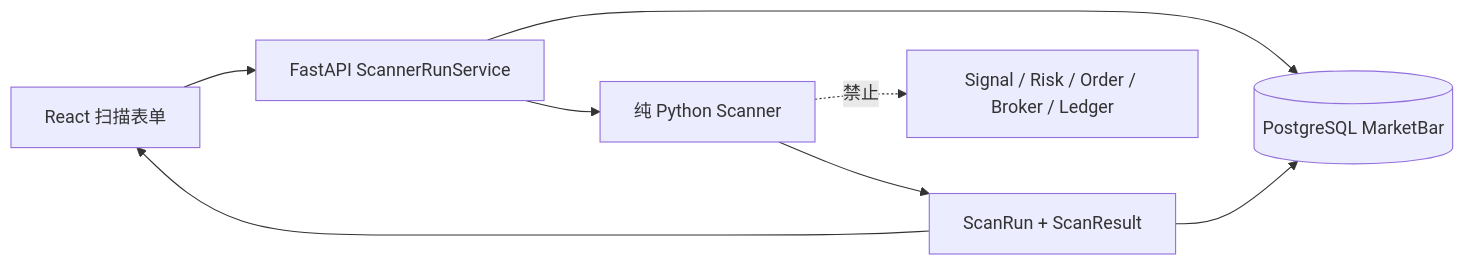
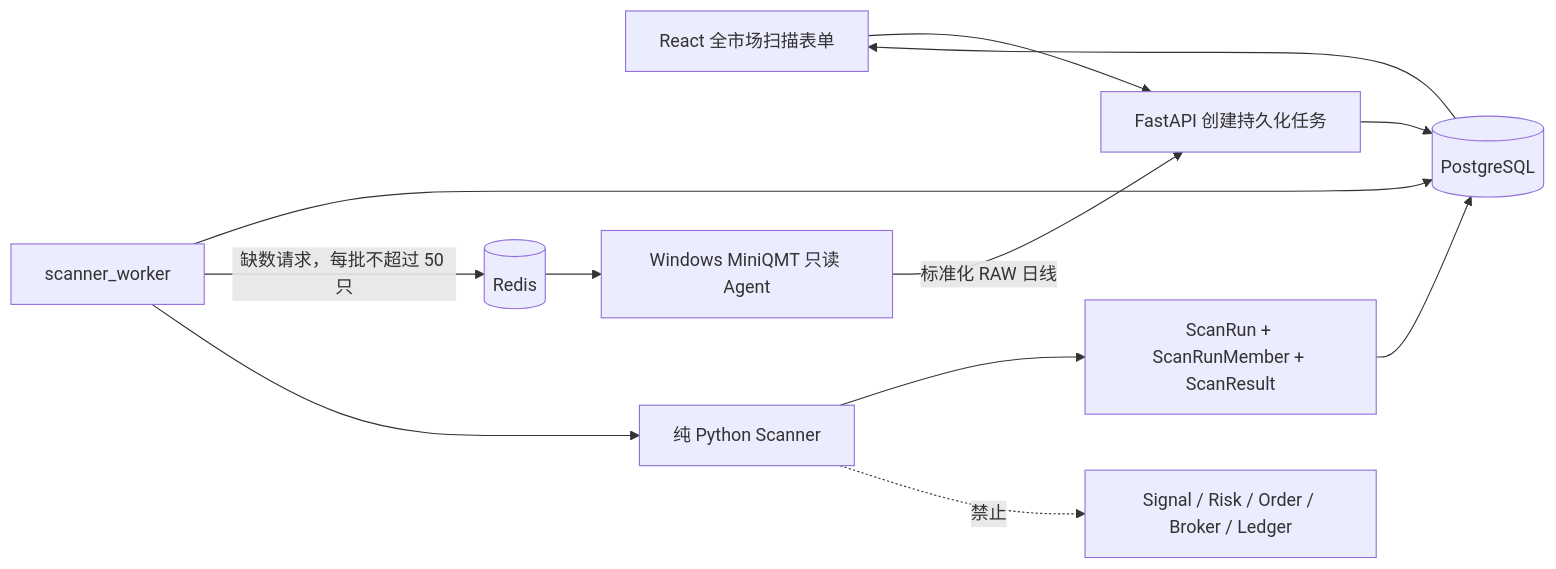
Before and after one commit to emilchen96-ops/AlphaBeta: the sixth of 12 diagrams in docs/architecture.md, drawn with Mermaid. The commit also changed other lines of this file and 28 other files, not shown here.

Commit message:
feat(scanners): rebuild full-market scanners on MiniQMT data

````diff
--- a/docs/architecture.md
+++ b/docs/architecture.md
@@ -85,10 +89,14 @@
 ```mermaid
 flowchart LR
-  UI[React 扫描表单] --> API[FastAPI ScannerRunService]
-  API --> PG[(PostgreSQL MarketBar)]
-  API --> Core[纯 Python Scanner]
-  Core --> Facts[ScanRun + ScanResult]
+  UI[React 全市场扫描表单] --> API[FastAPI 创建持久化任务]
+  API --> PG[(PostgreSQL)]
+  Worker[scanner_worker] --> PG
+  Worker -->|缺数请求，每批不超过 50 只| Redis[(Redis)]
+  Redis --> Agent[Windows MiniQMT 只读 Agent]
+  Agent -->|标准化 RAW 日线| API
+  Worker --> Core[纯 Python Scanner]
+  Core --> Facts[ScanRun + ScanRunMember + ScanResult]
   Facts --> PG
-  Facts --> UI
+  PG --> UI
   Core -.禁止.-> Trading[Signal / Risk / Order / Broker / Ledger]
 ```
````
